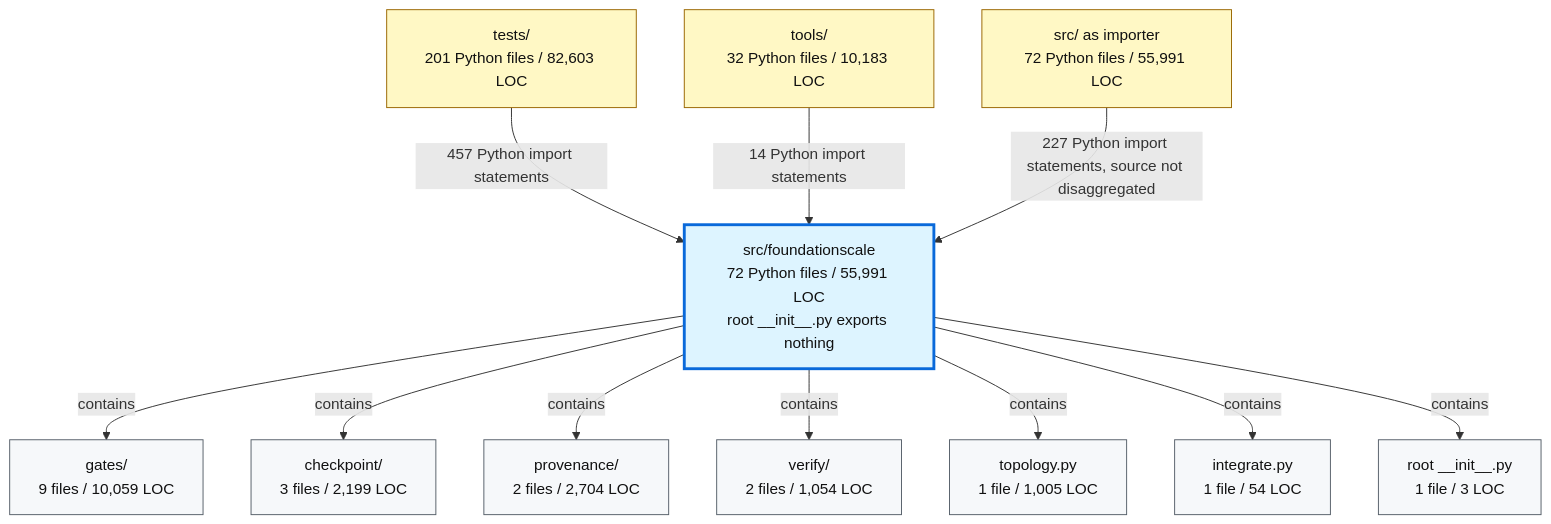
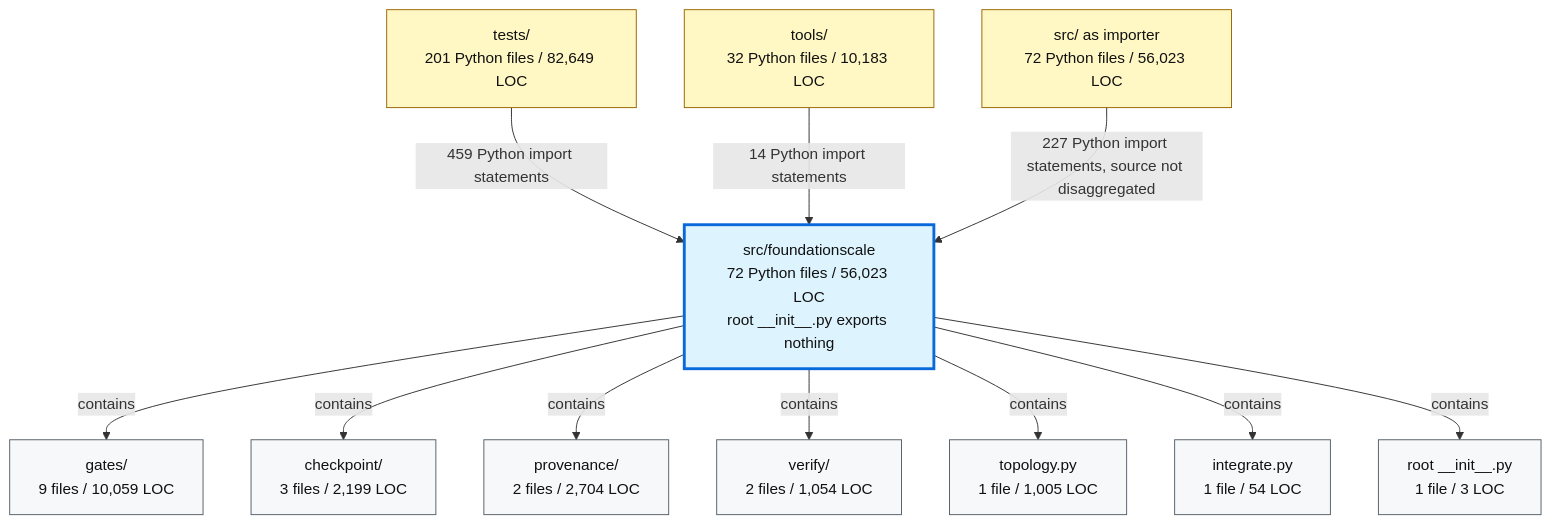
The second of 2 diagrams in docs/review/D2_current_architecture.md (TranNhiem/FoundationScale), drawn with Mermaid before and after one commit. The commit also changed other lines of this file and 12 other files, not shown here.

````diff
--- a/docs/review/D2_current_architecture.md
+++ b/docs/review/D2_current_architecture.md
@@ -97,36 +97,36 @@
 ```mermaid
 flowchart TB
-  TESTS["tests/<br/>201 Python files / 82,603 LOC"]
+  TESTS["tests/<br/>201 Python files / 82,649 LOC"]
   TOOLS["tools/<br/>32 Python files / 10,183 LOC"]
-  SRC["src/ as importer<br/>72 Python files / 55,991 LOC"]
+  SRC["src/ as importer<br/>72 Python files / 56,023 LOC"]
 
-  FS["src/foundationscale<br/>72 Python files / 55,991 LOC<br/>root __init__.py exports nothing"]
+  FS["src/foundationscale<br/>72 Python files / 56,023 LOC<br/>root __init__.py exports nothing"]
 
   GATES["gates/<br/>9 files / 10,059 LOC"]
   CKPT["checkpoint/<br/>3 files / 2,199 LOC"]
   PROV["provenance/<br/>2 files / 2,704 LOC"]
   VERIFY["verify/<br/>2 files / 1,054 LOC"]
   TOPO["topology.py<br/>1 file / 1,005 LOC"]
   INTEG["integrate.py<br/>1 file / 54 LOC"]
   ROOT["root __init__.py<br/>1 file / 3 LOC"]
 
-  TESTS -->|"457 Python import statements"| FS
+  TESTS -->|"459 Python import statements"| FS
   TOOLS -->|"14 Python import statements"| FS
   SRC -->|"227 Python import statements, source not disaggregated"| FS
 
   FS -->|"contains"| GATES
   FS -->|"contains"| CKPT
   FS -->|"contains"| PROV
   FS -->|"contains"| VERIFY
   FS -->|"contains"| TOPO
   FS -->|"contains"| INTEG
   FS -->|"contains"| ROOT
 
   classDef consumer fill:#fff8c5,stroke:#9a6700,color:#111;
   classDef package fill:#ddf4ff,stroke:#0969da,stroke-width:3px,color:#111;
   classDef module fill:#f6f8fa,stroke:#57606a,color:#111;
 
   class TESTS,TOOLS,SRC consumer;
   class FS package;
   class GATES,CKPT,PROV,VERIFY,TOPO,INTEG,ROOT module;
 ```
````
